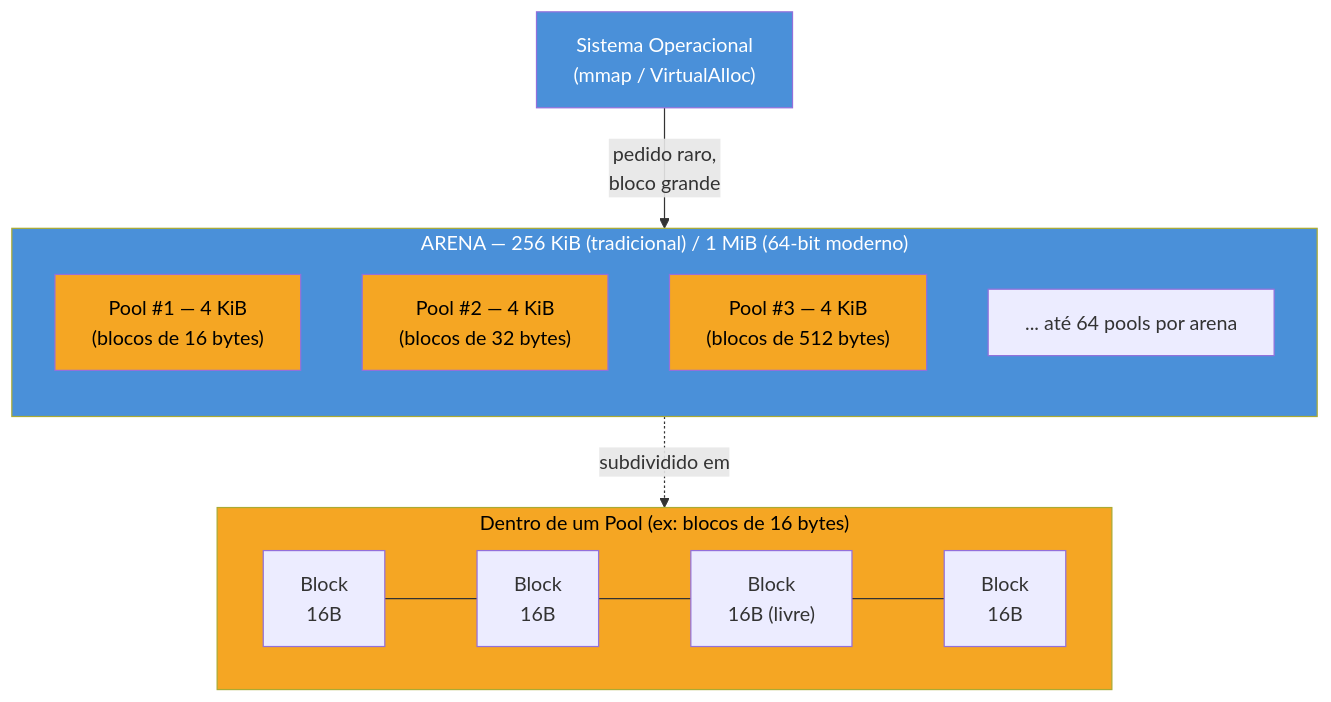
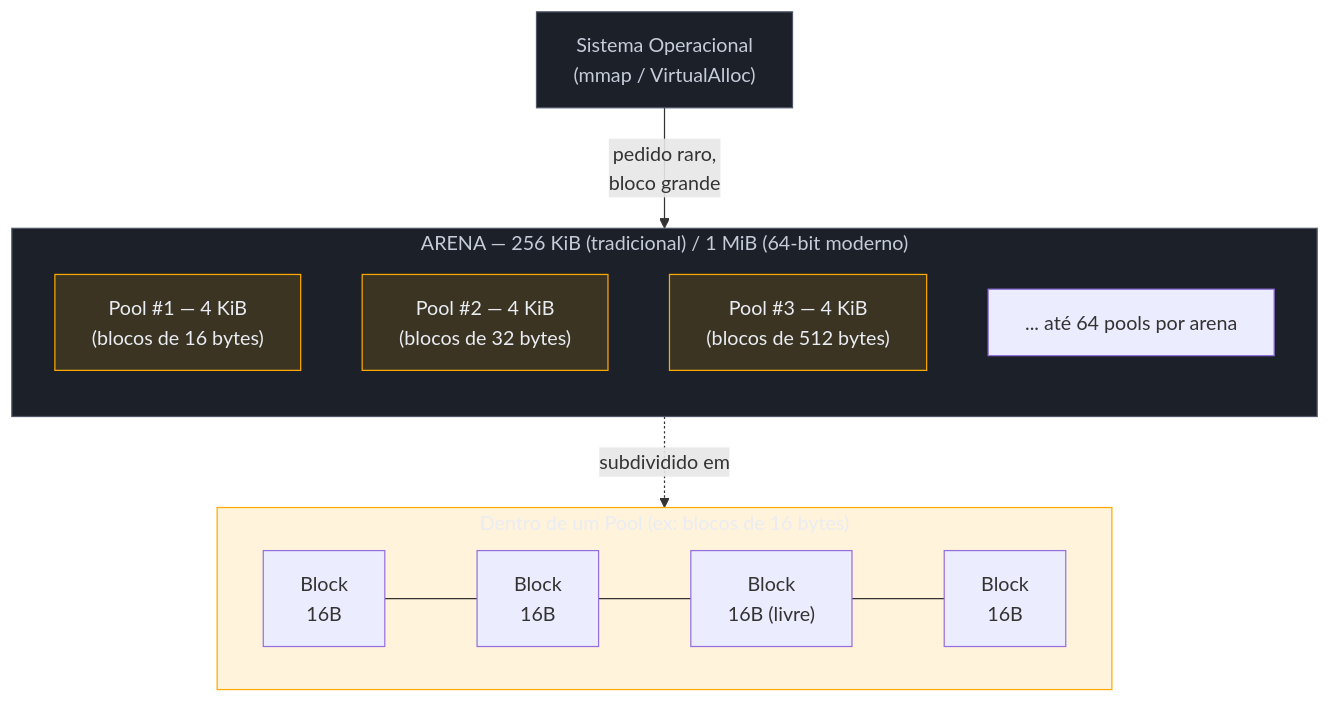
One commit to josenaldo/codex-technomanticus changed the first of 2 diagrams in 03-Dominios/Tecnologia/Python/CPython internals/07 - Memory management — allocators, pymalloc e arenas.md. Above: the diagram before and after it, drawn with Mermaid. The commit also changed other lines of this file and 1181 other files, not shown here.

First line of the commit message:
fix(diagramas): paleta do sistema no lugar de cor cravada no markdown

````diff
--- a/03-Dominios/Tecnologia/Python/CPython internals/07 - Memory management — allocators, pymalloc e arenas.md
+++ b/03-Dominios/Tecnologia/Python/CPython internals/07 - Memory management — allocators, pymalloc e arenas.md
@@ -71,26 +71,28 @@
 ```mermaid
 flowchart TB
+    classDef neutro fill:#1B2029,stroke:#4E5666,color:#C6CCD8
+    classDef destaque fill:#FFAA0024,stroke:#FFAA00,color:#E9ECF2
     SO["Sistema Operacional\n(mmap / VirtualAlloc)"] -->|"pedido raro,\nbloco grande"| Arena
 
     subgraph Arena["ARENA — 256 KiB (tradicional) / 1 MiB (64-bit moderno)"]
         direction TB
         P1["Pool #1 — 4 KiB\n(blocos de 16 bytes)"]
         P2["Pool #2 — 4 KiB\n(blocos de 32 bytes)"]
         P3["Pool #3 — 4 KiB\n(blocos de 512 bytes)"]
         Pn["... até 64 pools por arena"]
     end
 
     subgraph Pool1Detail["Dentro de um Pool (ex: blocos de 16 bytes)"]
         direction LR
         B1["Block\n16B"] --- B2["Block\n16B"] --- B3["Block\n16B (livre)"] --- B4["Block\n16B"]
     end
 
     P1 -.->|"subdividido em"| Pool1Detail
 
-    style SO fill:#4A90D9,color:#fff
-    style Arena fill:#4A90D9,color:#fff
-    style P1 fill:#F5A623,color:#000
-    style P2 fill:#F5A623,color:#000
-    style P3 fill:#F5A623,color:#000
-    style Pool1Detail fill:#F5A623,color:#000
+    class SO neutro
+    class Arena neutro
+    class P1 destaque
+    class P2 destaque
+    class P3 destaque
+    class Pool1Detail destaque
 ```
````
